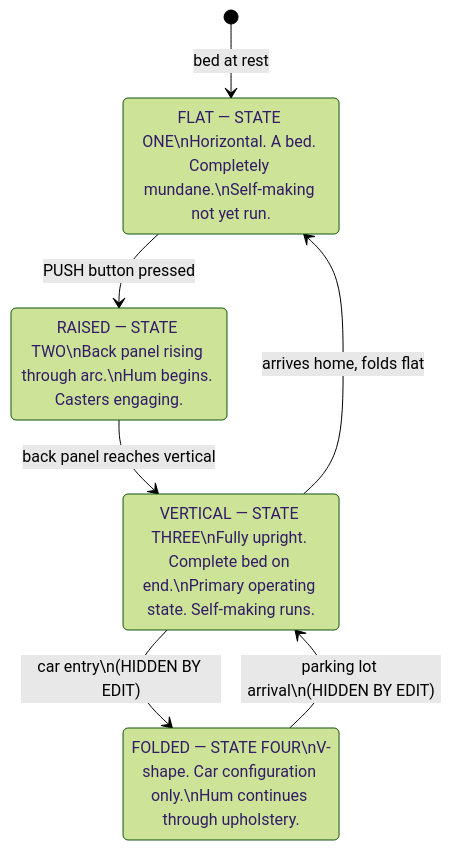
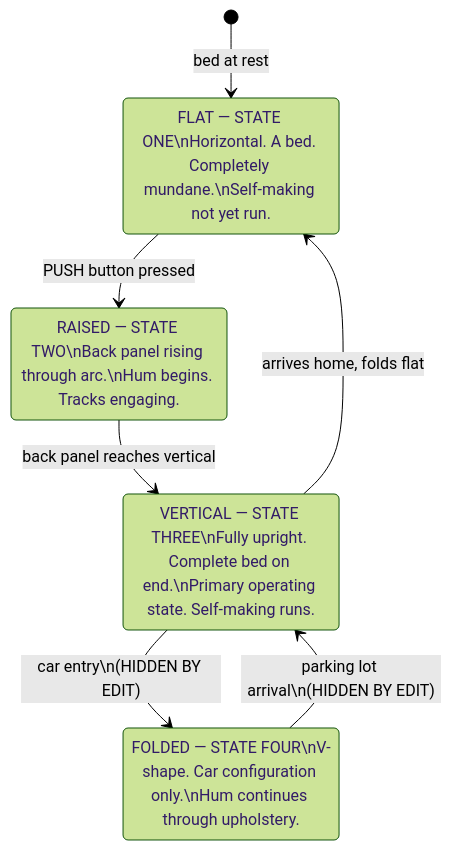
One commit to arndvs/PUSH changed the first of 3 diagrams in 02_production/Bed_design_memo.md. Above: the diagram before and after it, drawn with Mermaid (forest theme). The commit also changed other lines of this file and 6 other files, not shown here.

````diff
--- a/02_production/Bed_design_memo.md
+++ b/02_production/Bed_design_memo.md
@@ -228,18 +228,18 @@
 ```mermaid
 stateDiagram-v2
     [*] --> FLAT : bed at rest
 
     FLAT : FLAT — STATE ONE\nHorizontal. A bed. Completely mundane.\nSelf-making not yet run.
 
-    RAISED : RAISED — STATE TWO\nBack panel rising through arc.\nHum begins. Casters engaging.
+    RAISED : RAISED — STATE TWO\nBack panel rising through arc.\nHum begins. Tracks engaging.
 
     VERTICAL : VERTICAL — STATE THREE\nFully upright. Complete bed on end.\nPrimary operating state. Self-making runs.
 
     FOLDED : FOLDED — STATE FOUR\nV-shape. Car configuration only.\nHum continues through upholstery.
 
     FLAT --> RAISED : PUSH button pressed
     RAISED --> VERTICAL : back panel reaches vertical
     VERTICAL --> FOLDED : car entry\n(HIDDEN BY EDIT)
     FOLDED --> VERTICAL : parking lot arrival\n(HIDDEN BY EDIT)
     VERTICAL --> FLAT : arrives home, folds flat
 ```
````
